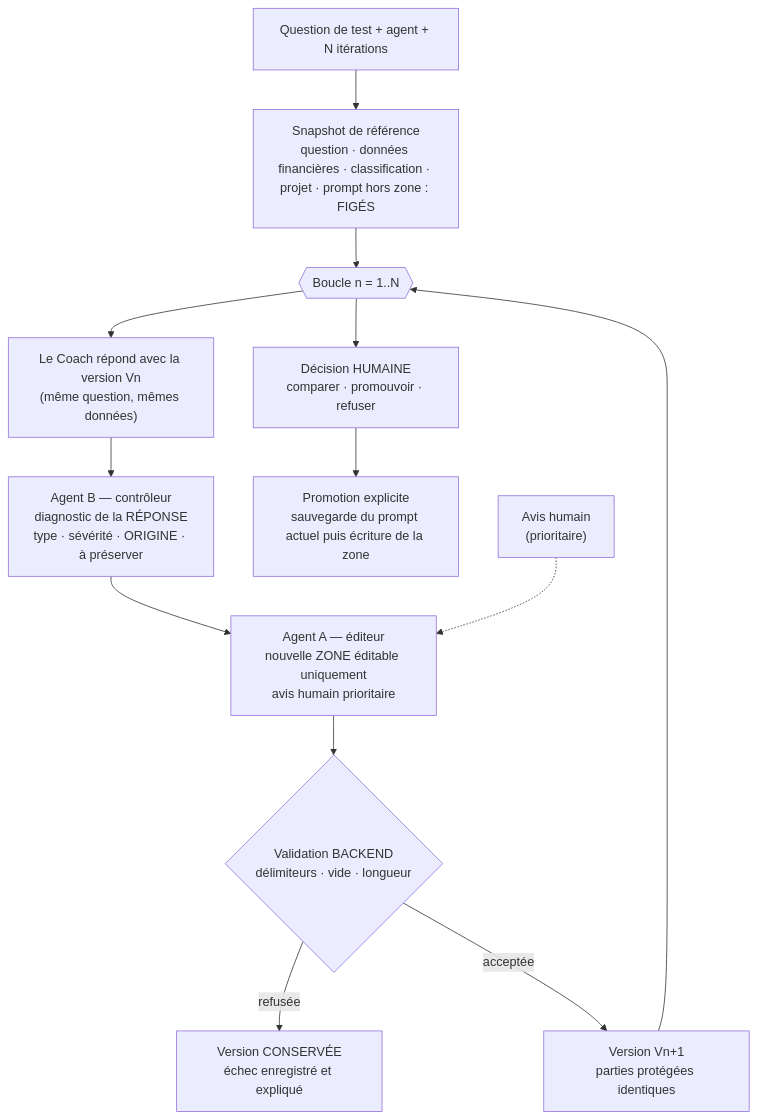
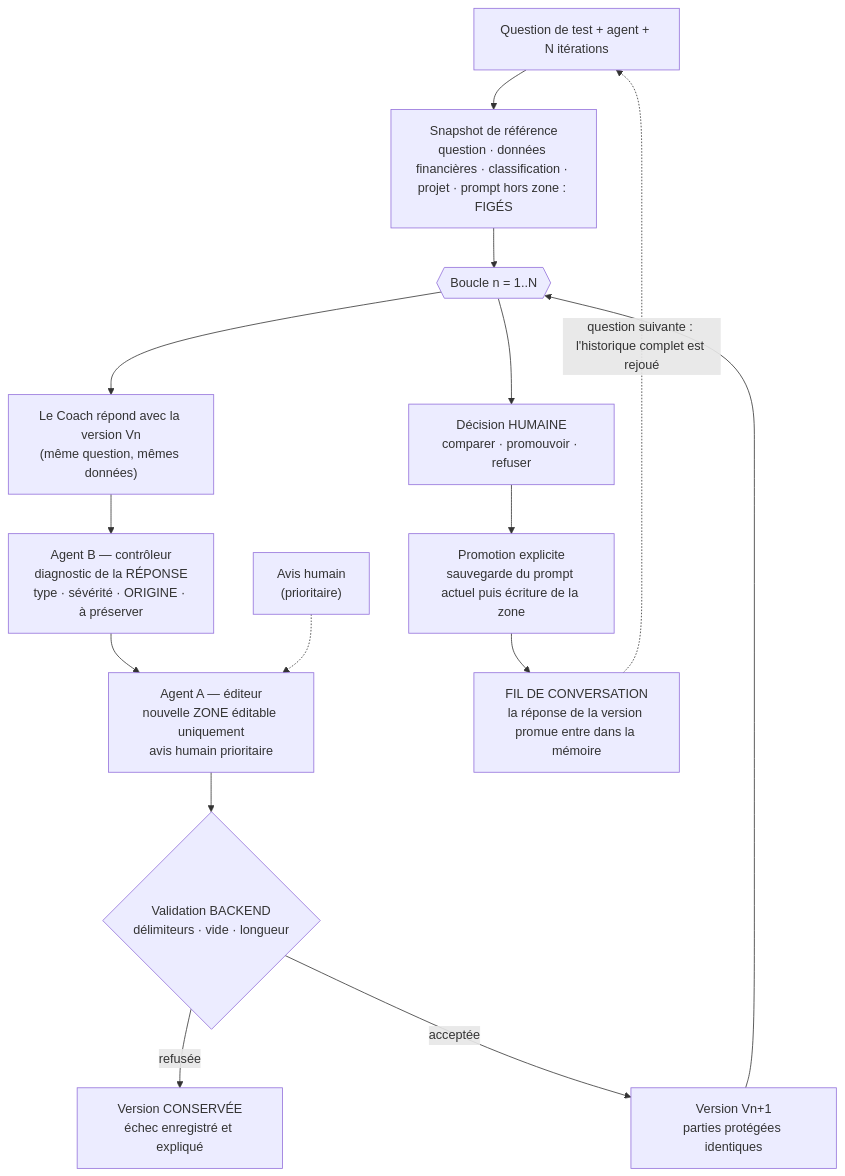
One commit to gamer2000fr-coder/financial-coach changed the seventh of 7 diagrams in docs/flux-architectural.md. Above: the diagram before and after it, drawn with Mermaid. The commit also changed other lines of this file and 58 other files, not shown here.

````diff
--- a/docs/flux-architectural.md
+++ b/docs/flux-architectural.md
@@ -284,15 +284,17 @@
 ```mermaid
 flowchart TD
     Q["Question de test + agent + N itérations"] --> SNAP["Snapshot de référence<br/>question · données financières · classification · projet · prompt hors zone : FIGÉS"]
     SNAP --> LOOP{{"Boucle n = 1..N"}}
     LOOP --> COACH["Le Coach répond avec la version Vn<br/>(même question, mêmes données)"]
     COACH --> B["Agent B — contrôleur<br/>diagnostic de la RÉPONSE<br/>type · sévérité · ORIGINE · à préserver"]
     B --> A["Agent A — éditeur<br/>nouvelle ZONE éditable uniquement<br/>avis humain prioritaire"]
     A --> VAL{"Validation BACKEND<br/>délimiteurs · vide · longueur"}
     VAL -- refusée --> KEEP["Version CONSERVÉE<br/>échec enregistré et expliqué"]
     VAL -- acceptée --> VN["Version Vn+1<br/>parties protégées identiques"]
     VN --> LOOP
     LOOP --> DEC["Décision HUMAINE<br/>comparer · promouvoir · refuser"]
     DEC --> PROMO["Promotion explicite<br/>sauvegarde du prompt actuel puis écriture de la zone"]
+    PROMO --> MEM["FIL DE CONVERSATION<br/>la réponse de la version promue entre dans la mémoire"]
+    MEM -.->|"question suivante : l'historique complet est rejoué"| Q
     HUMAN["Avis humain<br/>(prioritaire)"] -.-> A
 ```
````
